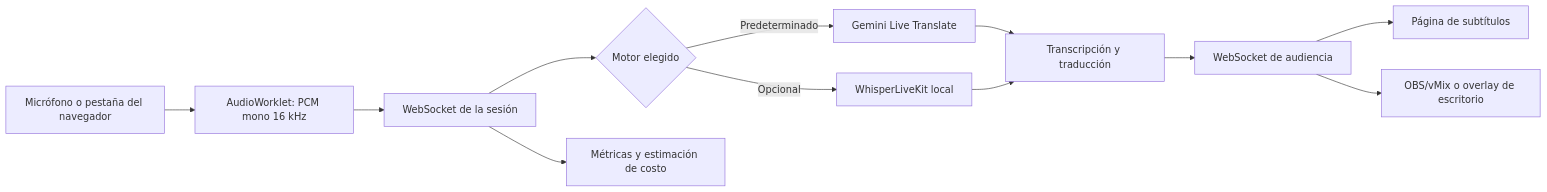
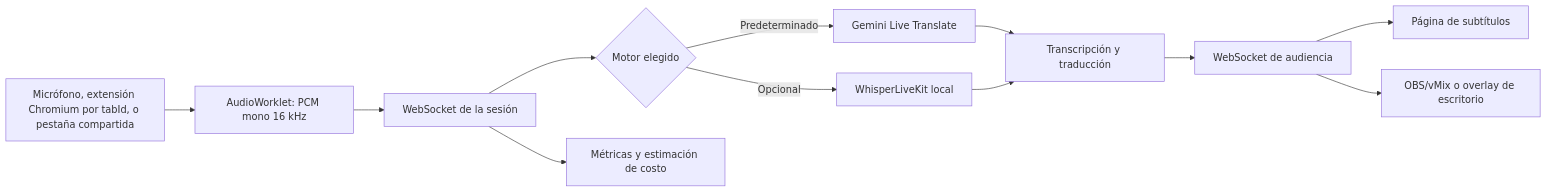
The diagram in README.md (GiovanniCieri/Nerdearla), drawn with Mermaid before and after one commit. The commit also changed other lines of this file and 35 other files, not shown here.

````diff
--- a/README.md
+++ b/README.md
@@ -40,14 +40,14 @@
 ```mermaid
 flowchart LR
-  A[Micrófono o pestaña del navegador] --> B[AudioWorklet: PCM mono 16 kHz]
+  A[Micrófono, extensión Chromium por tabId, o pestaña compartida] --> B[AudioWorklet: PCM mono 16 kHz]
   B --> C[WebSocket de la sesión]
   C --> D{Motor elegido}
   D -->|Predeterminado| E[Gemini Live Translate]
   D -->|Opcional| F[WhisperLiveKit local]
   E --> G[Transcripción y traducción]
   F --> G
   G --> H[WebSocket de audiencia]
   H --> I[Página de subtítulos]
   H --> J[OBS/vMix o overlay de escritorio]
   C --> K[Métricas y estimación de costo]
 ```
````
